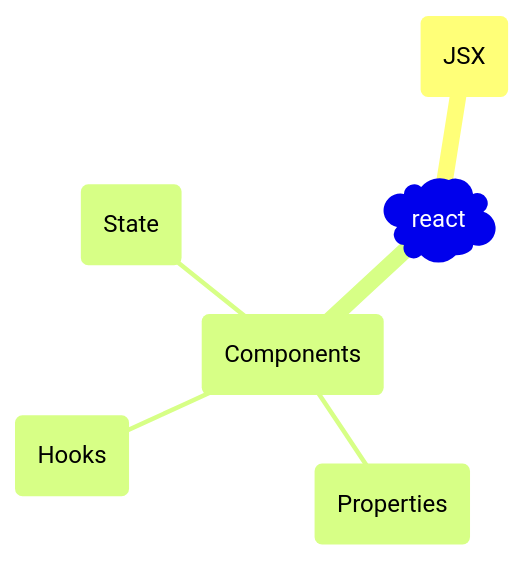
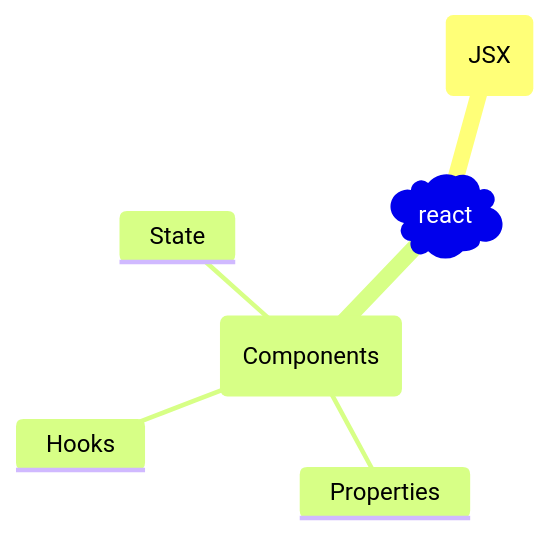
Before and after one commit to cherkavi/javascripting: the first of 2 diagrams in react/README.md, drawn with Mermaid. The commit also changed other lines of this file and 1 other file, not shown here.

````diff
--- a/react/README.md
+++ b/react/README.md
@@ -6,10 +6,9 @@
 ```mermaid
 mindmap
 )react(
     (JSX)
     (Components)
-        (State)
-        (Properties)
-        (Hooks)
-            
+        State
+        Properties
+        Hooks
 ```
````
